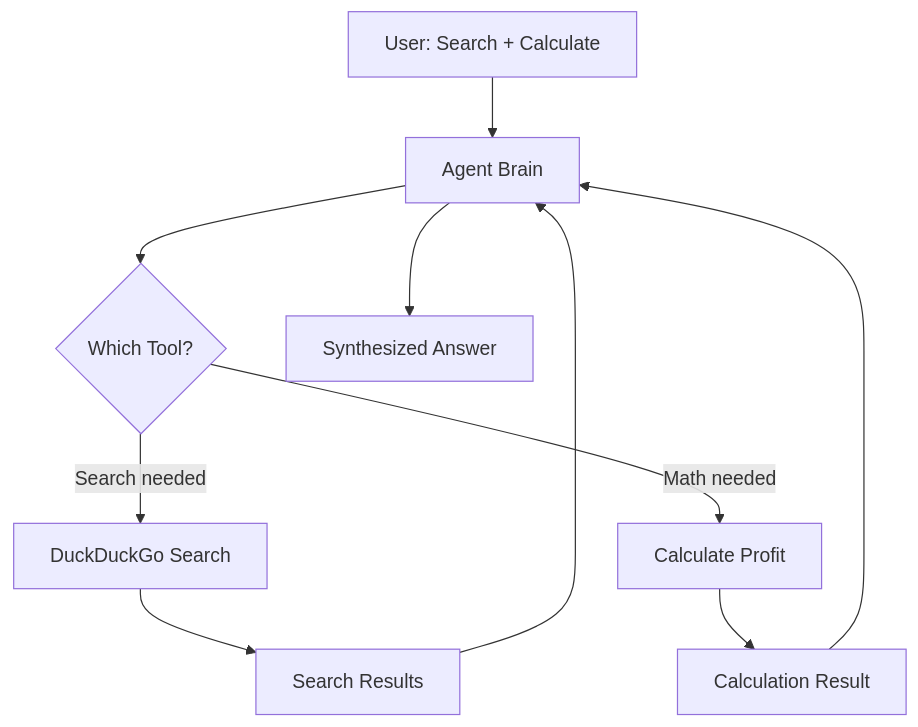
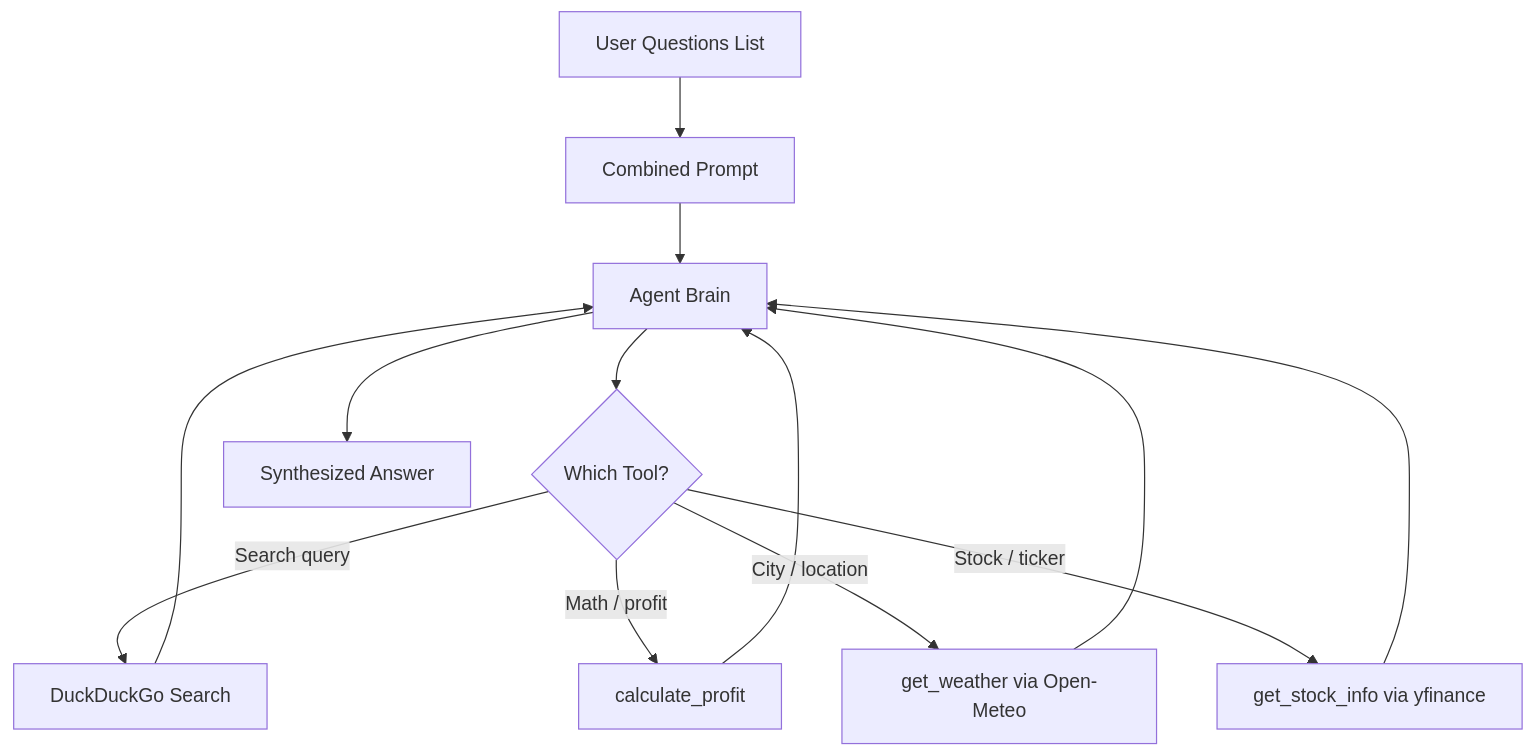
One commit to vikartp/gen_ai changed the second of 6 diagrams in agentic-ai/AGENT_NOTES.md. Above: the diagram before and after it, drawn with Mermaid. The commit also changed other lines of this file and 3 other files, not shown here.

````diff
--- a/agentic-ai/AGENT_NOTES.md
+++ b/agentic-ai/AGENT_NOTES.md
@@ -78,12 +80,12 @@
 ```mermaid
 graph TD
-    A[User: Search + Calculate] --> B[Agent Brain]
-    B --> C{Which Tool?}
-    C -->|Search needed| D[DuckDuckGo Search]
-    C -->|Math needed| E[Calculate Profit]
-    D --> F[Search Results]
-    E --> G[Calculation Result]
-    F --> B
-    G --> B
-    B --> H[Synthesized Answer]
+    A[User Questions List] --> B[Combined Prompt]
+    B --> C[Agent Brain]
+    C --> D{Which Tool?}
+    D -->|Search query| E[DuckDuckGo Search]
+    D -->|Math / profit| F[calculate_profit]
+    D -->|City / location| G[get_weather via Open-Meteo]
+    D -->|Stock / ticker| H[get_stock_info via yfinance]
+    E & F & G & H --> C
+    C --> I[Synthesized Answer]
 ```
````
